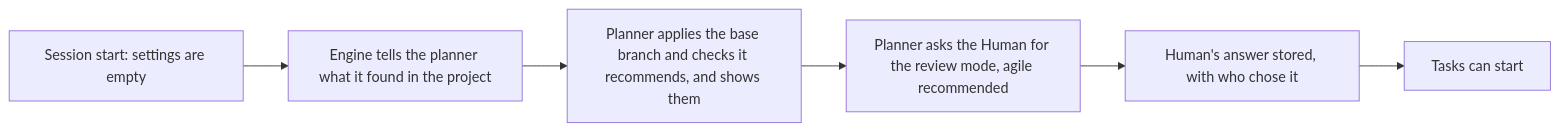
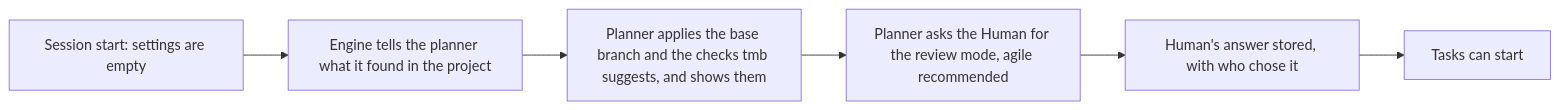
Before and after one commit to trustmybot/tmb: the fourth of 12 diagrams in docs/flows/FLOWS.md, drawn with Mermaid. The commit also changed other lines of this file and 6 other files, not shown here.

Commit message:
📝 docs: cut the flow list to the eleven high-level flows

````diff
--- a/docs/flows/FLOWS.md
+++ b/docs/flows/FLOWS.md
@@ -113,8 +103,8 @@
 ```mermaid
 flowchart LR
     A["Session start: settings are empty"] --> B["Engine tells the planner what it found in the project"]
-    B --> C["Planner applies the base branch and checks it recommends, and shows them"]
+    B --> C["Planner applies the base branch and the checks tmb suggests, and shows them"]
     C --> D["Planner asks the Human for the review mode, agile recommended"]
     D --> E["Human's answer stored, with who chose it"]
     E --> F["Tasks can start"]
 ```
````
